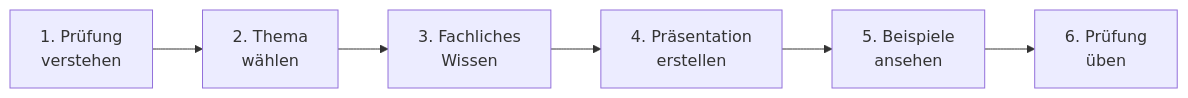
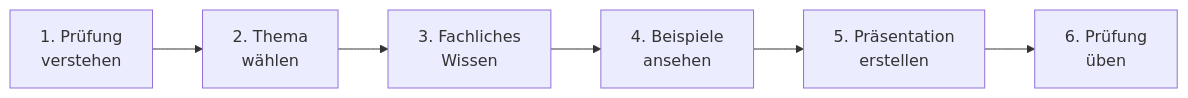
One commit to JacobMenge/it-support-specialist-ihk changed the diagram in docs/index.md. Above: the diagram before and after it, drawn with Mermaid. The commit also changed other lines of this file and 6 other files, not shown here.

````diff
--- a/docs/index.md
+++ b/docs/index.md
@@ -14,8 +14,8 @@
 ```mermaid
 flowchart LR
     A[1. Prüfung<br>verstehen] --> B[2. Thema<br>wählen]
     B --> C[3. Fachliches<br>Wissen]
-    C --> D[4. Präsentation<br>erstellen]
-    D --> E[5. Beispiele<br>ansehen]
+    C --> D[4. Beispiele<br>ansehen]
+    D --> E[5. Präsentation<br>erstellen]
     E --> F[6. Prüfung<br>üben]
 ```
````
